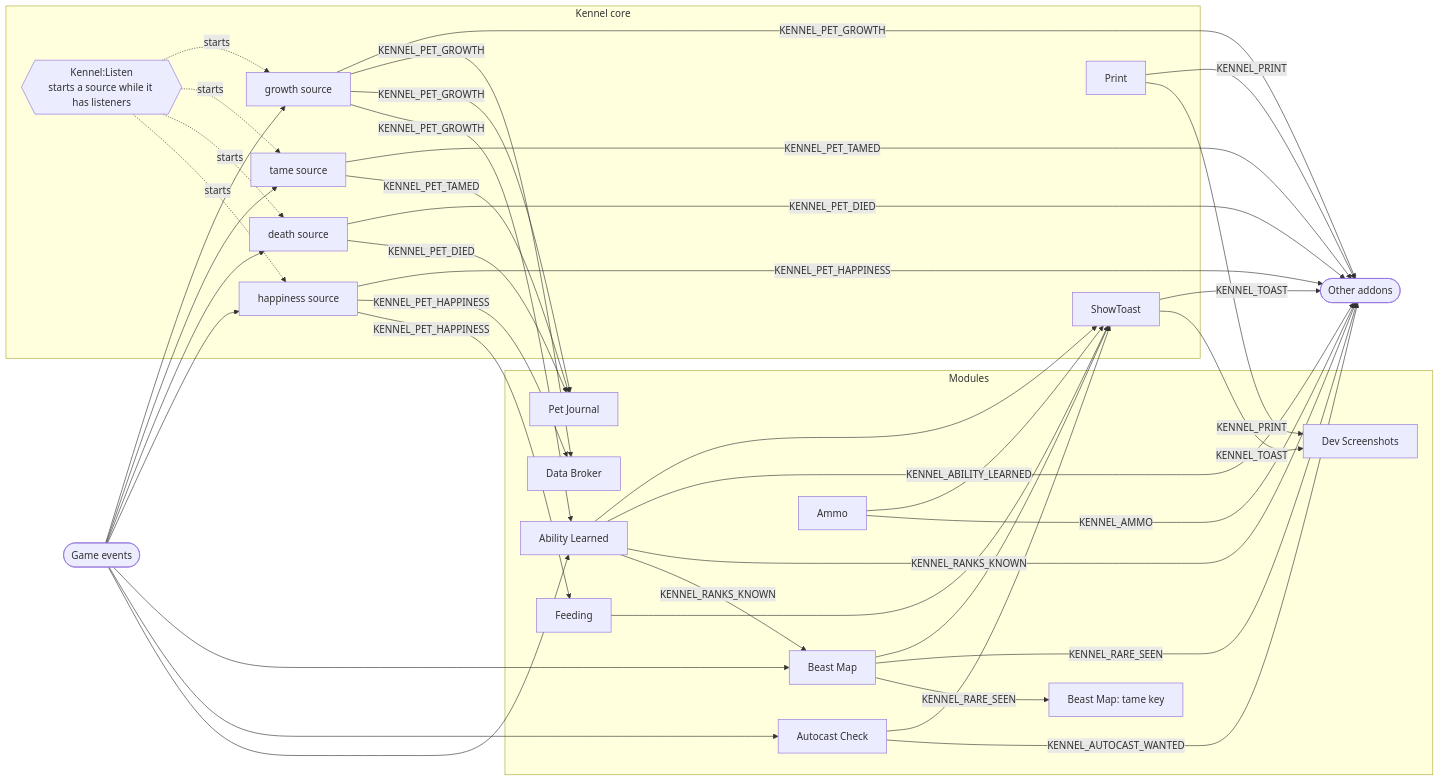
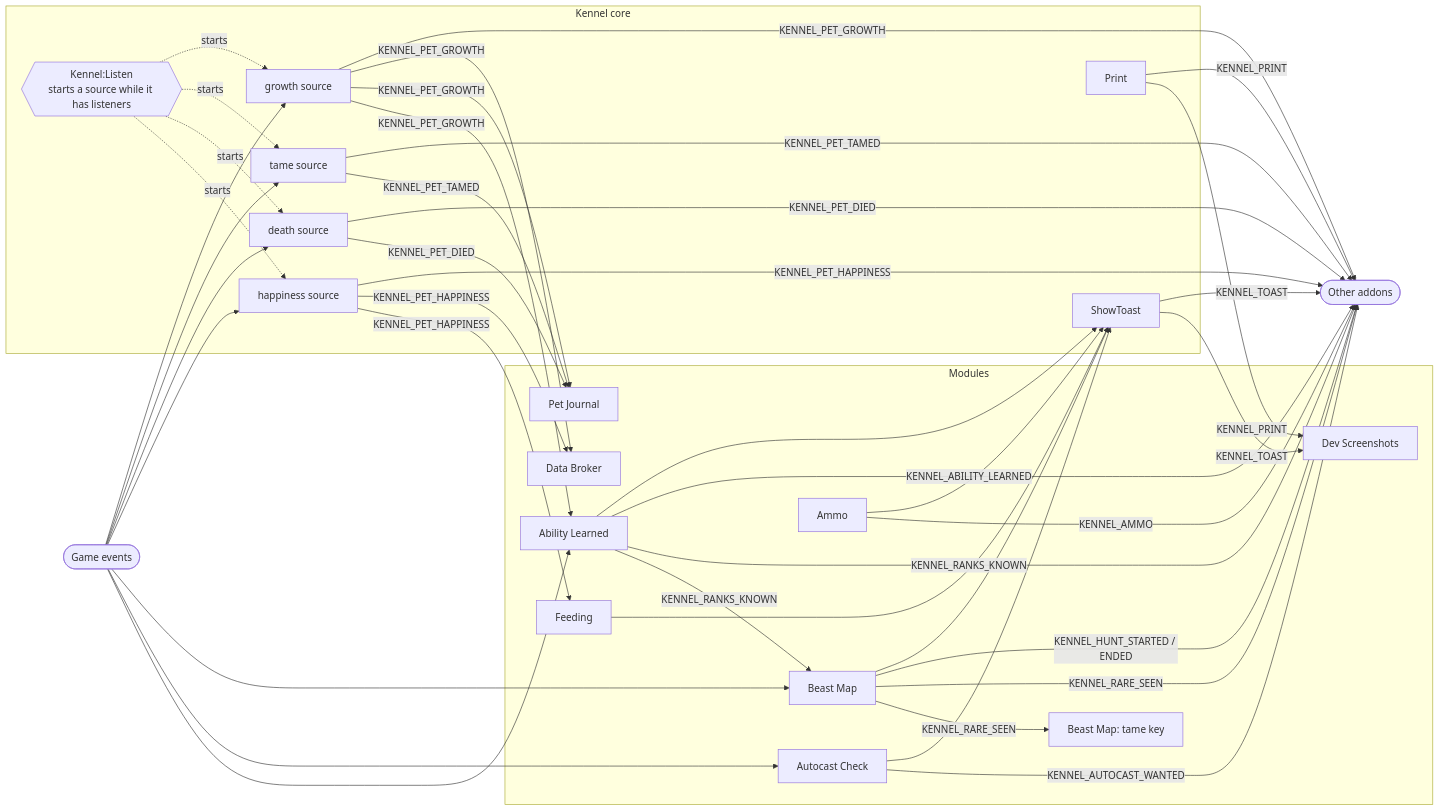
One commit to Langmans/Beastkeeper changed the diagram in docs/04-hooking.md. Above: the diagram before and after it, drawn with Mermaid. The commit also changed other lines of this file and 13 other files, not shown here.

````diff
--- a/docs/04-hooking.md
+++ b/docs/04-hooking.md
@@ -38,47 +38,48 @@
 ```mermaid
 flowchart LR
     game([Game events])
 
     subgraph core[Kennel core]
         listen{{"Kennel:Listen<br/>starts a source while it has listeners"}}
         happy[happiness source]
         died[death source]
         tamed[tame source]
         growth[growth source]
         toast[ShowToast]
         print[Print]
     end
 
     subgraph modules[Modules]
         al[Ability Learned]
         ac[Autocast Check]
         bm[Beast Map]
         fd[Feeding]
         br[Data Broker]
         pj[Pet Journal]
         tk[Beast Map: tame key]
         dev[Dev Screenshots]
         am[Ammo]
     end
 
     other([Other addons])
 
     game --> happy & died & tamed & growth
     game --> al & ac & bm
     listen -. starts .-> happy & died & tamed & growth
 
     happy -- KENNEL_PET_HAPPINESS --> fd & br & other
     died -- KENNEL_PET_DIED --> pj & other
     tamed -- KENNEL_PET_TAMED --> pj & other
     growth -- KENNEL_PET_GROWTH --> al & pj & br & other
 
     al -- KENNEL_RANKS_KNOWN --> bm & other
     al -- KENNEL_ABILITY_LEARNED --> other
     ac -- KENNEL_AUTOCAST_WANTED --> other
     bm -- KENNEL_RARE_SEEN --> tk & other
+    bm -- KENNEL_HUNT_STARTED / ENDED --> other
     am -- KENNEL_AMMO --> other
 
     al & ac & bm & fd & am --> toast
     toast -- KENNEL_TOAST --> dev & other
     print -- KENNEL_PRINT --> dev & other
 ```
````
